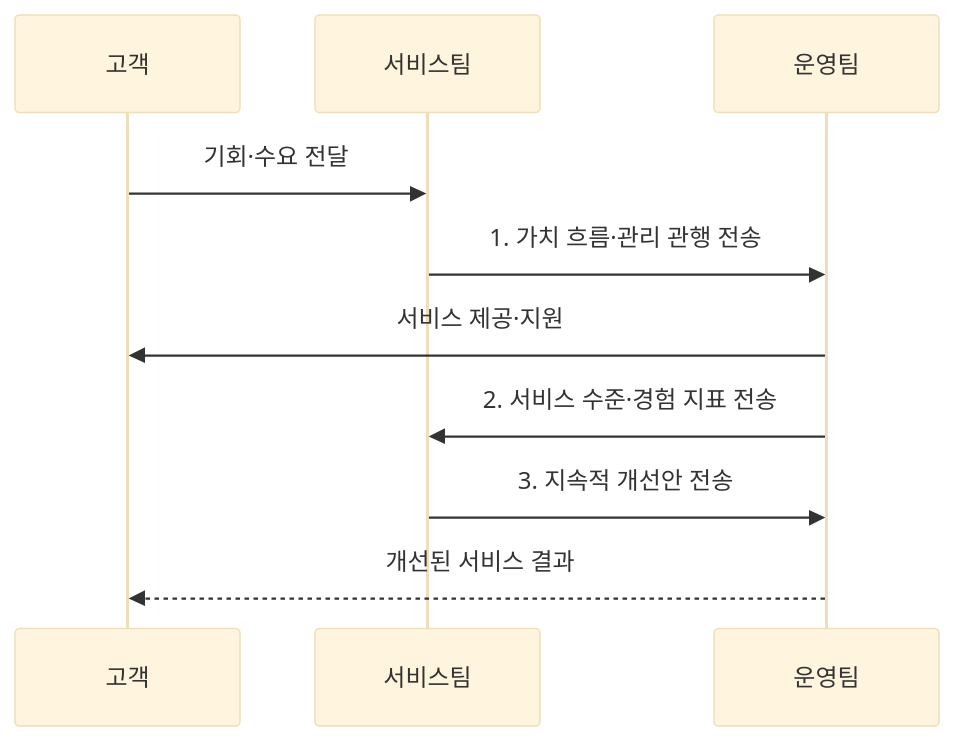
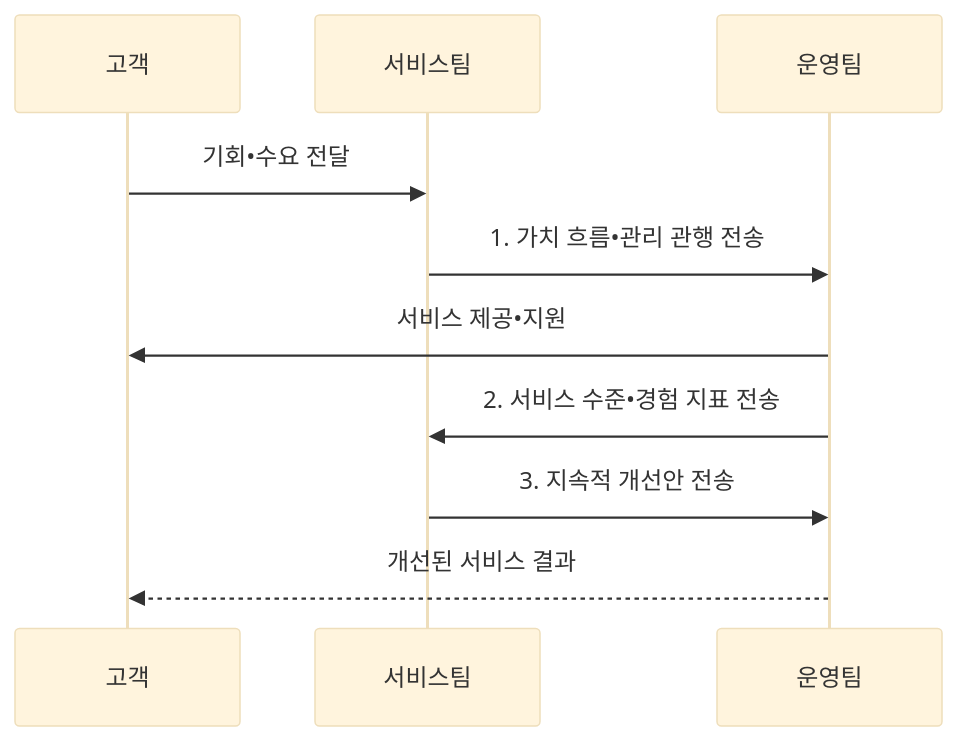
The second of 2 diagrams in src/content/docs/notes/07-law-policy/006_itil_v4_it_service_management.md (agnusdei1207/knowledge-base), drawn with Mermaid (base theme) before and after one commit. The commit also changed other lines of this file and 953 other files, not shown here.

````diff
--- a/src/content/docs/notes/07-law-policy/006_itil_v4_it_service_management.md
+++ b/src/content/docs/notes/07-law-policy/006_itil_v4_it_service_management.md
@@ -106,12 +106,12 @@
 ```mermaid
 sequenceDiagram
     participant C as 고객
     participant S as 서비스팀
     participant O as 운영팀
-    C->>S: 기회·수요 전달
-    S->>O: 1. 가치 흐름·관리 관행 전송
-    O->>C: 서비스 제공·지원
-    O->>S: 2. 서비스 수준·경험 지표 전송
+    C->>S: 기회•수요 전달
+    S->>O: 1. 가치 흐름•관리 관행 전송
+    O->>C: 서비스 제공•지원
+    O->>S: 2. 서비스 수준•경험 지표 전송
     S->>O: 3. 지속적 개선안 전송
     O-->>C: 개선된 서비스 결과
 ```
````
